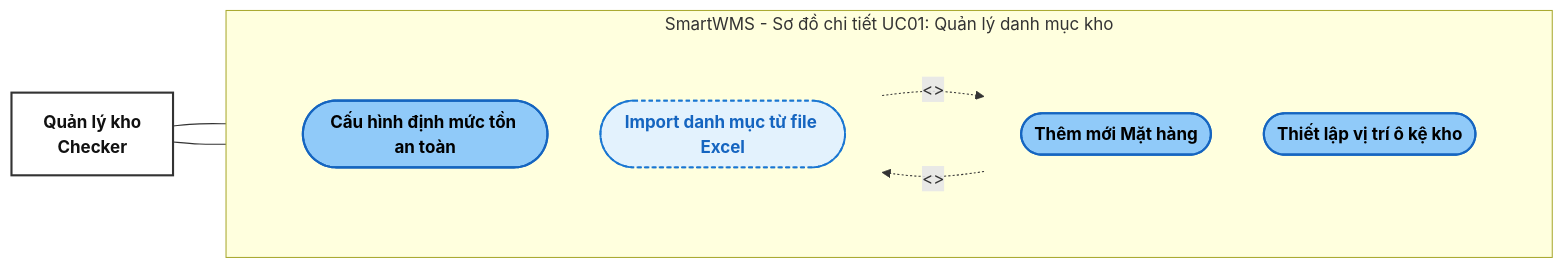
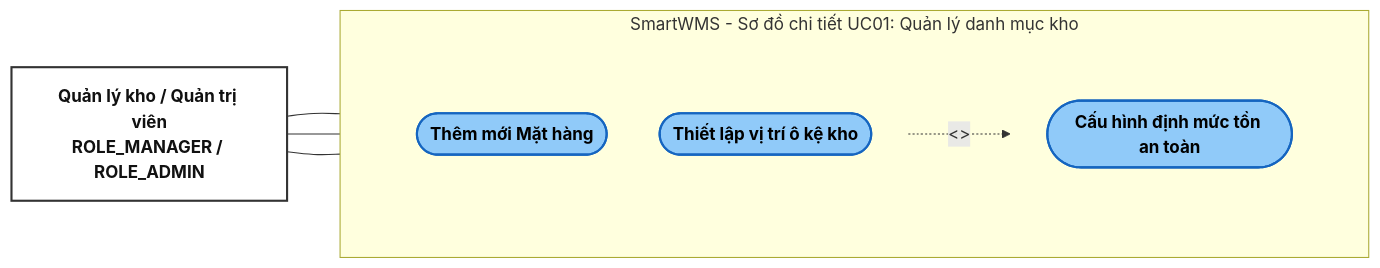
The diagram in docs/02_uml_modeling/use_case/detailed_usecase/uc01_catalog_detail.mmd (TheUn4given123jkbkjs/SmartWMS), drawn with Mermaid before and after one commit. The commit also changed 36 other files, not shown here.

```diff
--- a/docs/02_uml_modeling/use_case/detailed_usecase/uc01_catalog_detail.mmd
+++ b/docs/02_uml_modeling/use_case/detailed_usecase/uc01_catalog_detail.mmd
@@ -1,35 +1,31 @@
 flowchart LR
     classDef base fill:#90caf9,stroke:#1565c0,stroke-width:2px,color:#000000,font-weight:bold;
     classDef ext fill:#e3f2fd,stroke:#1976d2,stroke-width:1.8px,stroke-dasharray:4 3,color:#1565c0,font-weight:bold;
     classDef actor fill:#ffffff,stroke:#333333,stroke-width:2px,color:#111111,font-weight:bold;
 
     subgraph SYSTEM ["SmartWMS - Sơ đồ chi tiết UC01: Quản lý danh mục kho"]
         direction LR
 
         subgraph COL_A [" "]
             direction TB
             UC_SKU(["Thêm mới Mặt hàng"]):::base
             UC_LOCATION(["Thiết lập vị trí ô kệ kho"]):::base
         end
 
         subgraph COL_B [" "]
             direction TB
             UC_MINMAX(["Cấu hình định mức tồn an toàn"]):::base
-            UC_IMPORT(["Import danh mục từ file Excel"]):::ext
         end
     end
 
     style COL_A fill:none,stroke:none;
     style COL_B fill:none,stroke:none;
 
-    Actor_Manager["Quản lý kho<br>Checker"]:::actor
+    Actor_Editor["Quản lý kho / Quản trị viên<br>ROLE_MANAGER / ROLE_ADMIN"]:::actor
 
-    %% Actor chỉ nối vào 2 cổng chức năng chính
-    Actor_Manager --- UC_SKU
-    Actor_Manager --- UC_LOCATION
+    Actor_Editor --- UC_SKU
+    Actor_Editor --- UC_LOCATION
+    Actor_Editor --- UC_MINMAX
 
     %% Hàng trên: include từ Thêm mặt hàng sang Cấu hình định mức
     UC_SKU -. "<<include>>" .-> UC_MINMAX
-
-    %% Hàng dưới: extend từ Import Excel về Thiết lập vị trí ô kệ
-    UC_IMPORT -. "<<extend>>" .-> UC_LOCATION
```
